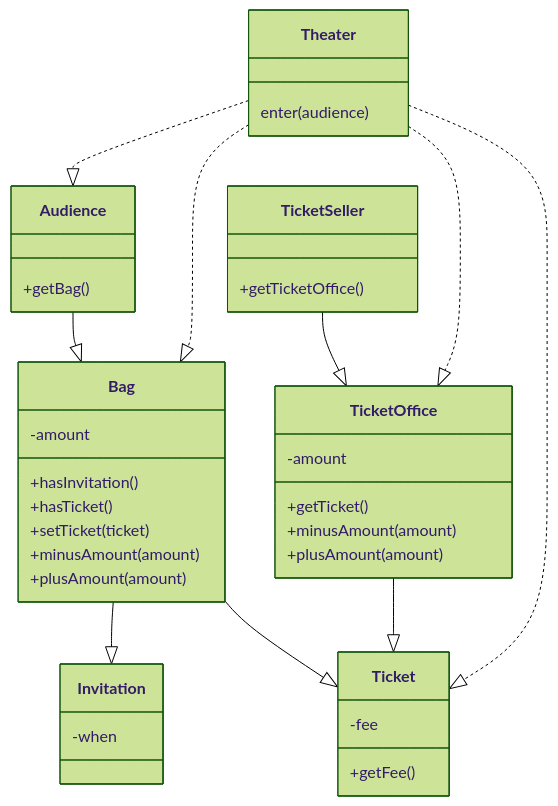
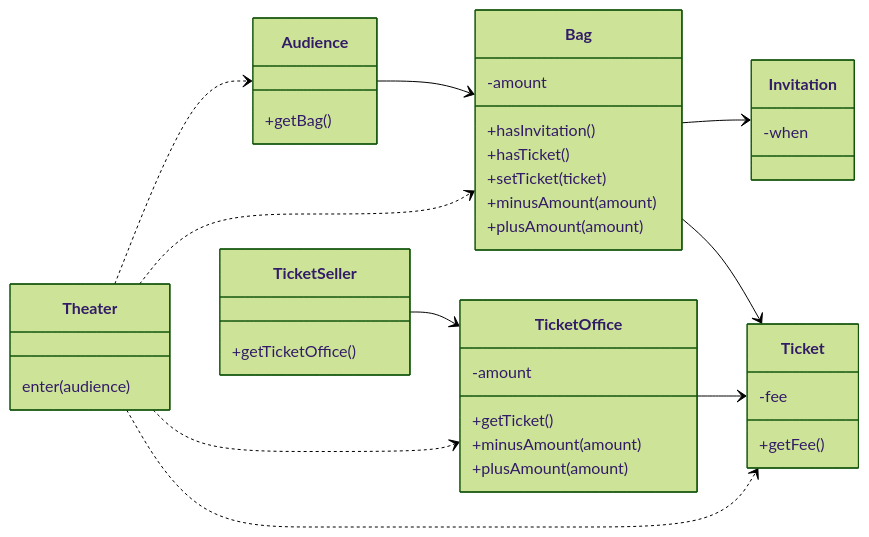
Before and after one commit to javython999/object: the first of 3 diagrams in README.md, drawn with Mermaid (forest theme). The commit also changed other lines of this file and 8 other files, not shown here.

````diff
--- a/README.md
+++ b/README.md
@@ -15,49 +15,50 @@
 ```mermaid
 classDiagram
-    Audience -- |> Bag
-    Bag --|> Invitation
-    Bag --|> Ticket
-    TicketSeller --|> TicketOffice
-    TicketOffice --|> Ticket
-    Theater ..|> Audience
-    Theater ..|> TicketOffice
-    Theater ..|> Bag
-    Theater ..|> Ticket
+    direction LR
+    Audience --> Bag
+    Bag --> Invitation
+    Bag --> Ticket
+    TicketSeller --> TicketOffice
+    TicketOffice --> Ticket
+    Theater ..> Audience
+    Theater ..> TicketOffice
+    Theater ..> Bag
+    Theater ..> Ticket
     
     class Audience {
         +getBag()
     }
     
     class Bag {
         -amount
         +hasInvitation()
         +hasTicket()
         +setTicket(ticket)
         +minusAmount(amount)
         +plusAmount(amount)
     }
     
     class Invitation {
         -when
     }
     
     class Ticket {
         -fee
         +getFee()
     }
     
     class TicketSeller {
         +getTicketOffice()
     }
     
     class TicketOffice {
         -amount
         +getTicket()
         +minusAmount(amount)
         +plusAmount(amount)
     }
     
     class Theater {
         enter(audience)
     }
 ```
````
